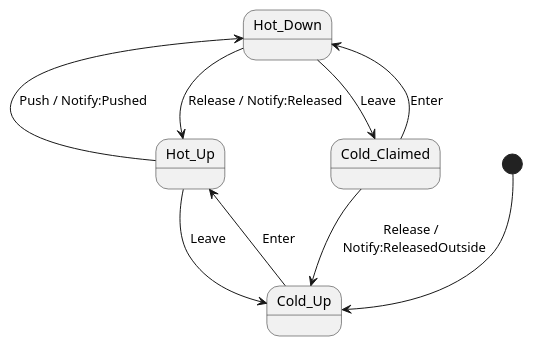
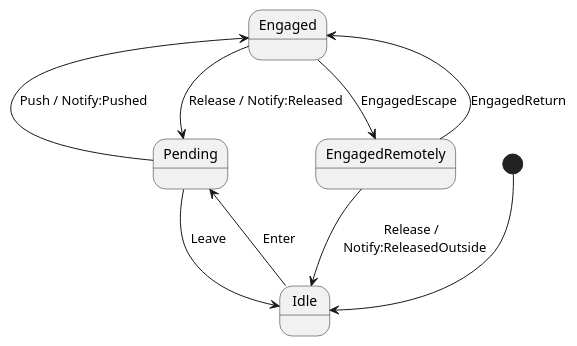
One commit to bobkocisko/libgui changed the diagram in Documentation/Button.puml. Above: the diagram before and after it, drawn with PlantUML. The commit also changed 7 other files, not shown here.

```diff
--- a/Documentation/Button.puml
+++ b/Documentation/Button.puml
@@ -1,13 +1,13 @@
 @startuml
-[*] --> Cold_Up
+[*] --> Idle
 
-Cold_Up --> Hot_Up: Enter
-Hot_Up --> Cold_Up: Leave
-Hot_Up -left-> Hot_Down: Push / Notify:Pushed
-Hot_Down --> Hot_Up: Release / Notify:Released
-Hot_Down --> Cold_Claimed: Leave
-Cold_Claimed --> Hot_Down: Enter
-Cold_Claimed -> Cold_Up: Release / \n Notify:ReleasedOutside
+Idle --> Pending: Enter
+Pending --> Idle: Leave
+Pending -left-> Engaged: Push / Notify:Pushed
+Engaged --> Pending: Release / Notify:Released
+Engaged --> EngagedRemotely: EngagedEscape
+EngagedRemotely --> Engaged: EngagedReturn
+EngagedRemotely -> Idle: Release / \n Notify:ReleasedOutside
 
 
 @enduml
```
